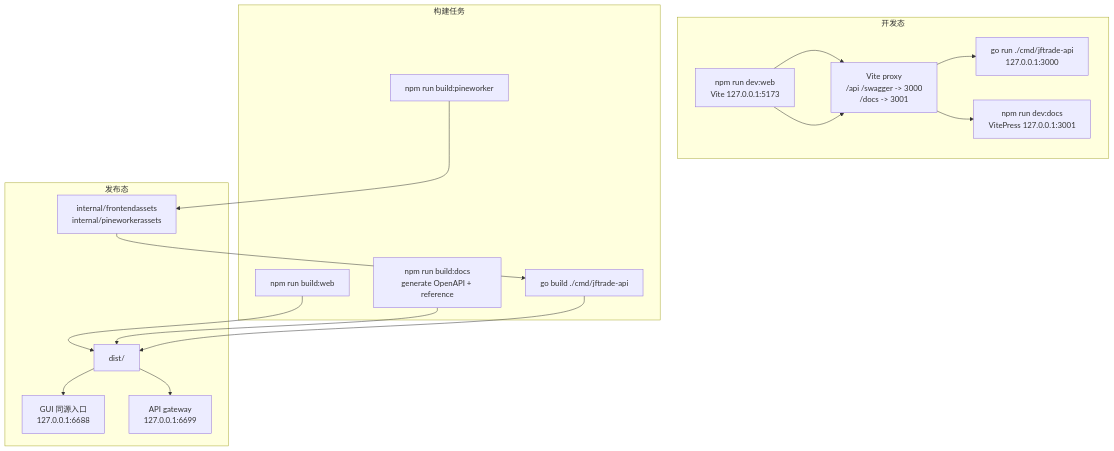
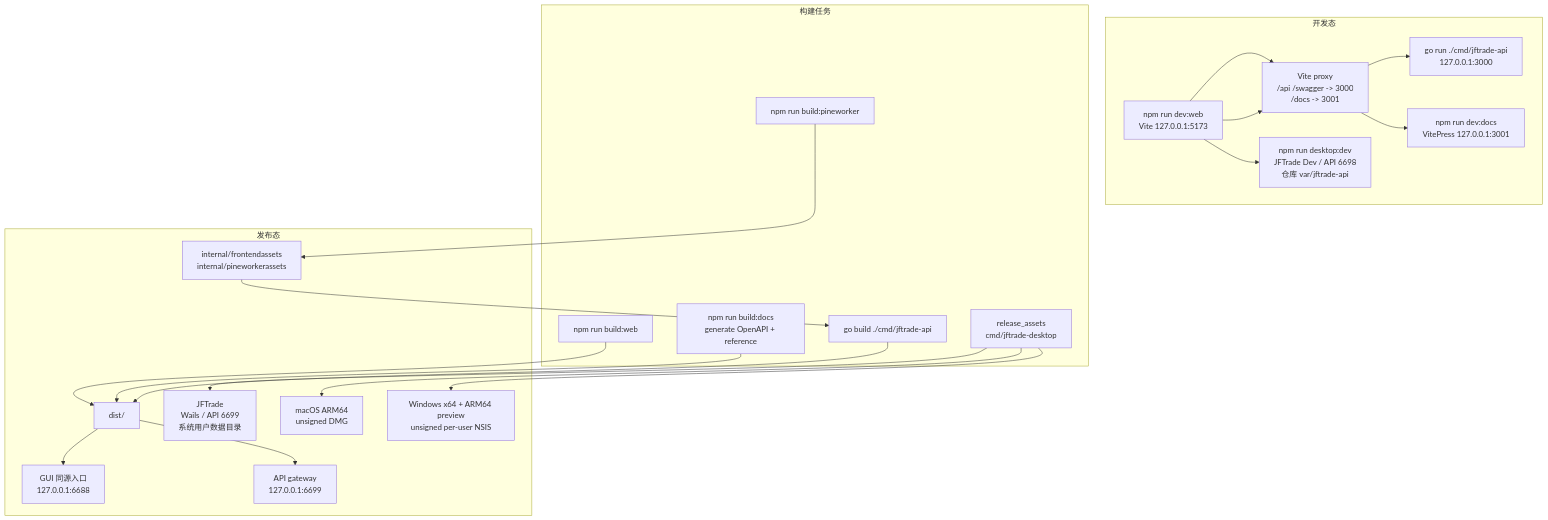
The third of 3 diagrams in docs/architecture-mermaid.md (Dennishaha/JFTrade), drawn with Mermaid before and after one commit. The commit also changed other lines of this file and 73 other files, not shown here.

Commit message:
feat: finalize Wails v3 desktop product

````diff
--- a/docs/architecture-mermaid.md
+++ b/docs/architecture-mermaid.md
@@ -195,35 +204,44 @@
 ```mermaid
 flowchart TB
     subgraph Dev["开发态"]
         DevAPI["go run ./cmd/jftrade-api<br/>127.0.0.1:3000"]
         DevWeb["npm run dev:web<br/>Vite 127.0.0.1:5173"]
         DevDocs["npm run dev:docs<br/>VitePress 127.0.0.1:3001"]
         Proxy["Vite proxy<br/>/api /swagger -> 3000<br/>/docs -> 3001"]
+        DesktopDev["npm run desktop:dev<br/>JFTrade Dev / API 6698<br/>仓库 var/jftrade-api"]
     end
 
     subgraph Build["构建任务"]
         BuildWeb["npm run build:web"]
         BuildDocs["npm run build:docs<br/>generate OpenAPI + reference"]
         BuildWorker["npm run build:pineworker"]
         BuildAPI["go build ./cmd/jftrade-api"]
+        BuildDesktop["release_assets<br/>cmd/jftrade-desktop"]
     end
 
     subgraph Release["发布态"]
         Dist["dist/"]
         GUI["GUI 同源入口<br/>127.0.0.1:6688"]
         Gateway["API gateway<br/>127.0.0.1:6699"]
         EmbeddedAssets["internal/frontendassets<br/>internal/pineworkerassets"]
+        DesktopProduct["JFTrade<br/>Wails / API 6699<br/>系统用户数据目录"]
+        MacDMG["macOS ARM64<br/>unsigned DMG"]
+        WinNSIS["Windows x64 + ARM64 preview<br/>unsigned per-user NSIS"]
     end
 
     DevWeb --> Proxy --> DevAPI
     DevWeb --> Proxy --> DevDocs
+    DevWeb --> DesktopDev
 
     BuildWeb --> Dist
     BuildDocs --> Dist
     BuildWorker --> EmbeddedAssets
     BuildAPI --> Dist
+    BuildDesktop --> MacDMG
+    BuildDesktop --> WinNSIS
+    BuildDesktop --> DesktopProduct
     EmbeddedAssets --> BuildAPI
 
     Dist --> GUI
     Dist --> Gateway
 ```
````
